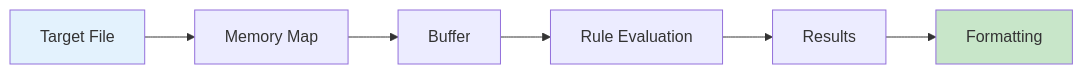
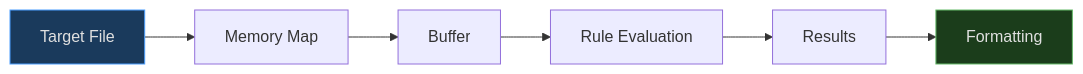
One commit to EvilBit-Labs/libmagic-rs changed the third of 5 diagrams in docs/src/architecture.md. Above: the diagram before and after it, drawn with Mermaid. The commit also changed other lines of this file and 2 other files, not shown here.

Commit message:
style(docs): update diagram styles for architecture and output sections

````diff
--- a/docs/src/architecture.md
+++ b/docs/src/architecture.md
@@ -202,11 +202,11 @@
 ```mermaid
 flowchart LR
     A[Target File] --> B[Memory Map]
     B --> C[Buffer]
     C --> D[Rule Evaluation]
     D --> E[Results]
     E --> F[Formatting]
 
-    style A fill:#e3f2fd
-    style F fill:#c8e6c9
+    style A fill:#1a3a5c,stroke:#4a9eff,color:#e0e0e0
+    style F fill:#1b3d1b,stroke:#66bb6a,color:#e0e0e0
 ```
````
